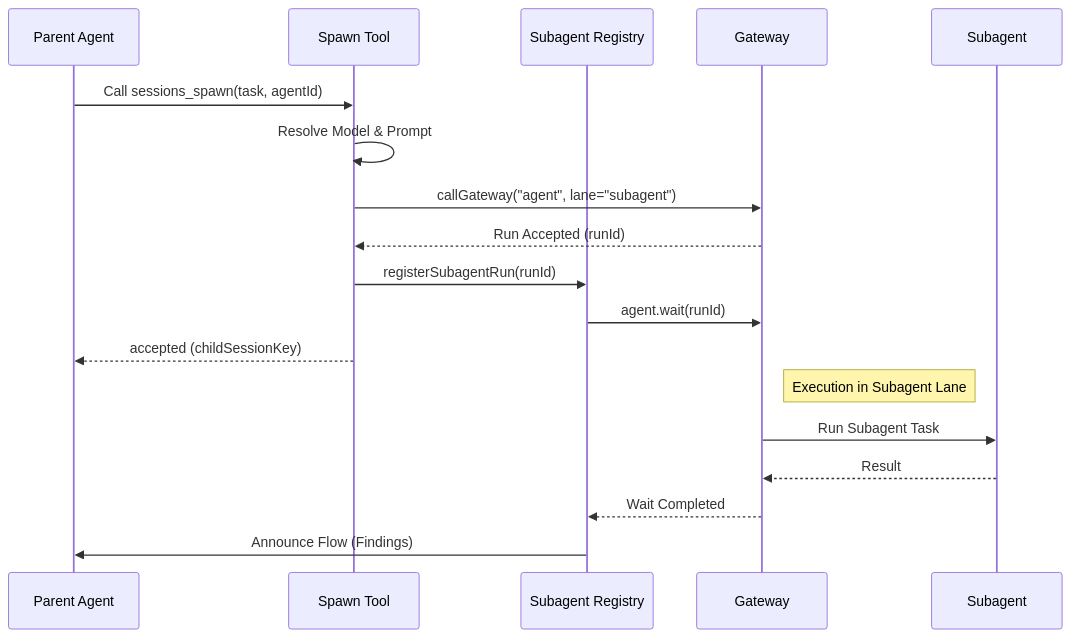
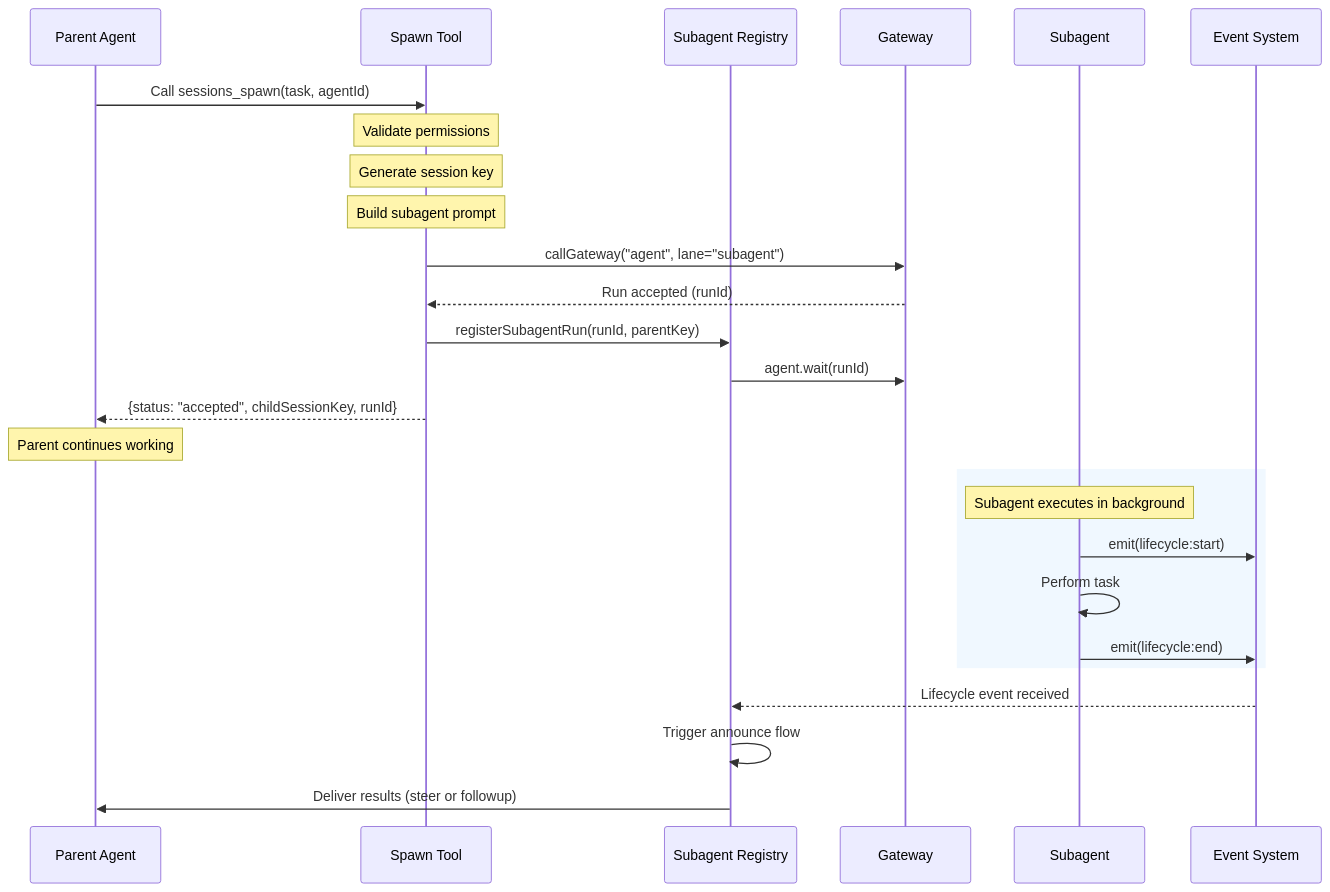
One commit to rzafiamy/openclaw-architecture changed the second of 2 diagrams in details/sessions-spawn-tool.md. Above: the diagram before and after it, drawn with Mermaid. The commit also changed other lines of this file and 12 other files, not shown here.

````diff
--- a/details/sessions-spawn-tool.md
+++ b/details/sessions-spawn-tool.md
@@ -33,22 +89,36 @@
 ```mermaid
 sequenceDiagram
     participant P as Parent Agent
     participant T as Spawn Tool
     participant R as Subagent Registry
     participant G as Gateway
     participant S as Subagent
+    participant E as Event System
 
     P->>T: Call sessions_spawn(task, agentId)
-    T->>T: Resolve Model & Prompt
+    
+    Note over T: Validate permissions
+    Note over T: Generate session key
+    Note over T: Build subagent prompt
+    
     T->>G: callGateway("agent", lane="subagent")
-    G-->>T: Run Accepted (runId)
-    T->>R: registerSubagentRun(runId)
+    G-->>T: Run accepted (runId)
+    
+    T->>R: registerSubagentRun(runId, parentKey)
     R->>G: agent.wait(runId)
-    T-->>P: accepted (childSessionKey)
     
-    Note right of G: Execution in Subagent Lane
-    G->>S: Run Subagent Task
-    S-->>G: Result
-    G-->>R: Wait Completed
-    R->>P: Announce Flow (Findings)
+    T-->>P: {status: "accepted", childSessionKey, runId}
+    
+    Note over P: Parent continues working
+    
+    rect rgb(240, 248, 255)
+        Note over S: Subagent executes in background
+        S->>E: emit(lifecycle:start)
+        S->>S: Perform task
+        S->>E: emit(lifecycle:end)
+    end
+    
+    E-->>R: Lifecycle event received
+    R->>R: Trigger announce flow
+    R->>P: Deliver results (steer or followup)
 ```
````
